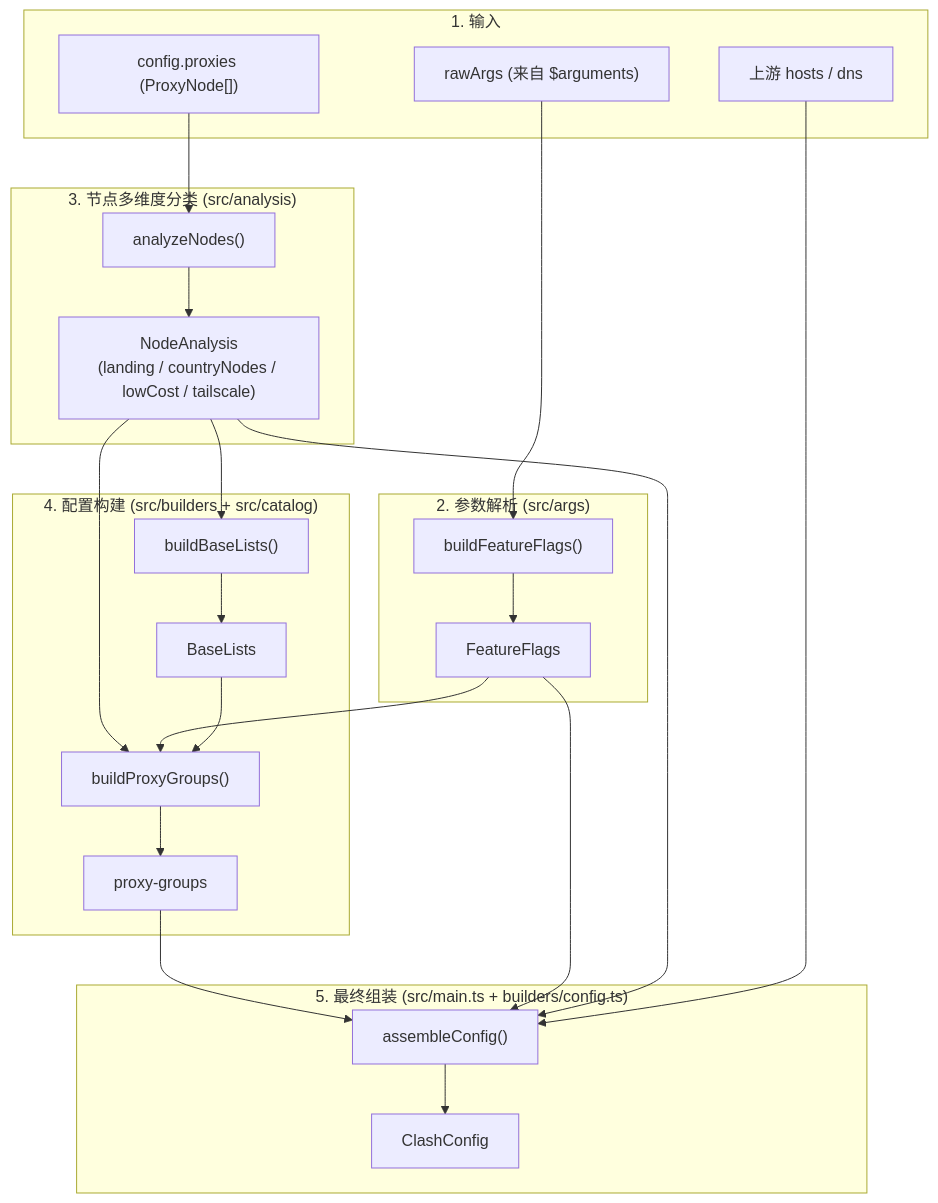
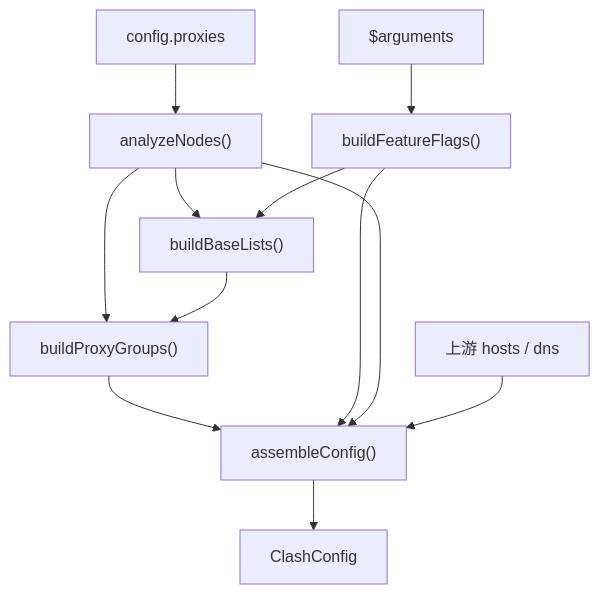
Before and after one commit to zdl9511/override-rules: the diagram in docs/ARCHITECTURE.md, drawn with Mermaid. The commit also changed other lines of this file and 4 other files, not shown here.

Commit message:
docs: explain raw node policies and latency sorting

````diff
--- a/docs/ARCHITECTURE.md
+++ b/docs/ARCHITECTURE.md
@@ -13,35 +9,14 @@
 ```mermaid
 flowchart TD
-    subgraph Input["1. 输入"]
-        CP["config.proxies (ProxyNode[])"]
-        UP["上游 hosts / dns"]
-        RA["rawArgs (来自 $arguments)"]
-    end
-
-    subgraph Args["2. 参数解析 (src/args)"]
-        RA --> BFF["buildFeatureFlags()"]
-        BFF --> FF["FeatureFlags"]
-    end
-
-    subgraph Parser["3. 节点多维度分类 (src/analysis)"]
-        CP --> AN["analyzeNodes()"]
-        AN --> NA["NodeAnalysis<br/>(landing / countryNodes / lowCost / tailscale)"]
-    end
-
-    subgraph Builders["4. 配置构建 (src/builders + src/catalog)"]
-        NA --> BBL["buildBaseLists()"]
-        NA --> BPG["buildProxyGroups()"]
-        FF --> BPG
-        BBL --> BL["BaseLists"]
-        BL --> BPG
-        BPG --> PG["proxy-groups"]
-    end
-
-    subgraph Output["5. 最终组装 (src/main.ts + builders/config.ts)"]
-        PG --> AC["assembleConfig()"]
-        FF --> AC
-        NA --> AC
-        UP --> AC
-        AC --> FINAL["ClashConfig"]
-    end
+    A["$arguments"] --> B["buildFeatureFlags()"]
+    C["config.proxies"] --> D["analyzeNodes()"]
+    D --> E["buildBaseLists()"]
+    B --> E
+    D --> F["buildProxyGroups()"]
+    E --> F
+    F --> G["assembleConfig()"]
+    B --> G
+    D --> G
+    H["上游 hosts / dns"] --> G
+    G --> I["ClashConfig"]
 ```
````
